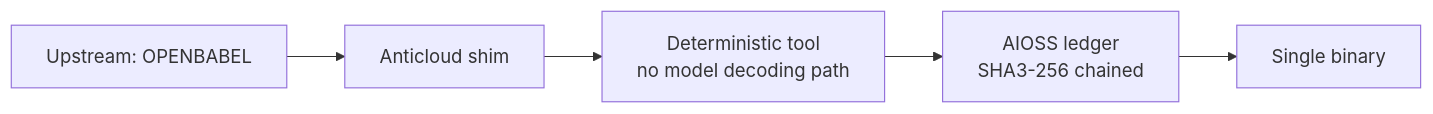
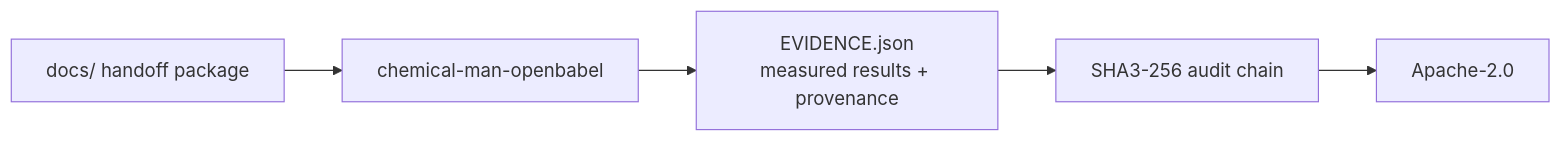
Before and after one commit to the-anticloud/chemical-man-openbabel: the diagram in README.md, drawn with Mermaid. The commit also changed other lines of this file and 8 other files, not shown here.

````diff
--- a/README.md
+++ b/README.md
@@ -11,7 +22,7 @@
 ```mermaid
 graph LR
-    U[Upstream: OPENBABEL] --> S[Anticloud shim]
-    S --> T[Deterministic tool<br/>no model decoding path]
-    T --> A[AIOSS ledger<br/>SHA3-256 chained]
-    A --> B[Single binary]
+    D[docs/ handoff package] --> R[chemical-man-openbabel]
+    R --> E[EVIDENCE.json\nmeasured results + provenance]
+    E --> A[SHA3-256 audit chain]
+    A --> L[Apache-2.0]
 ```
````
